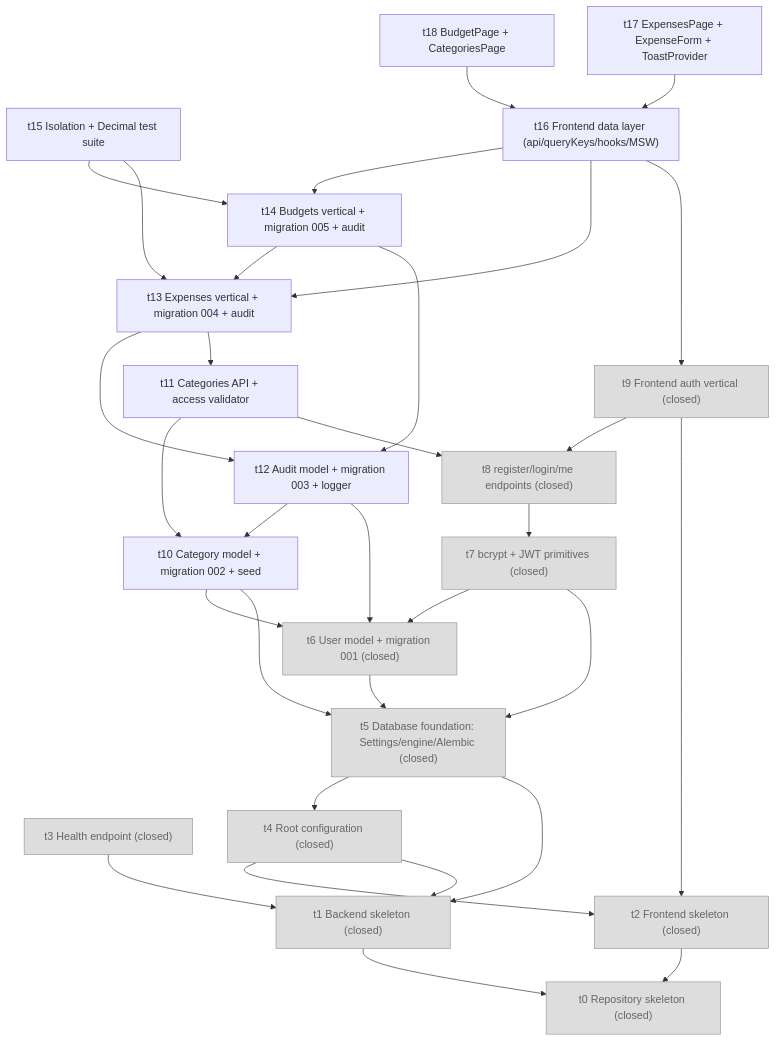
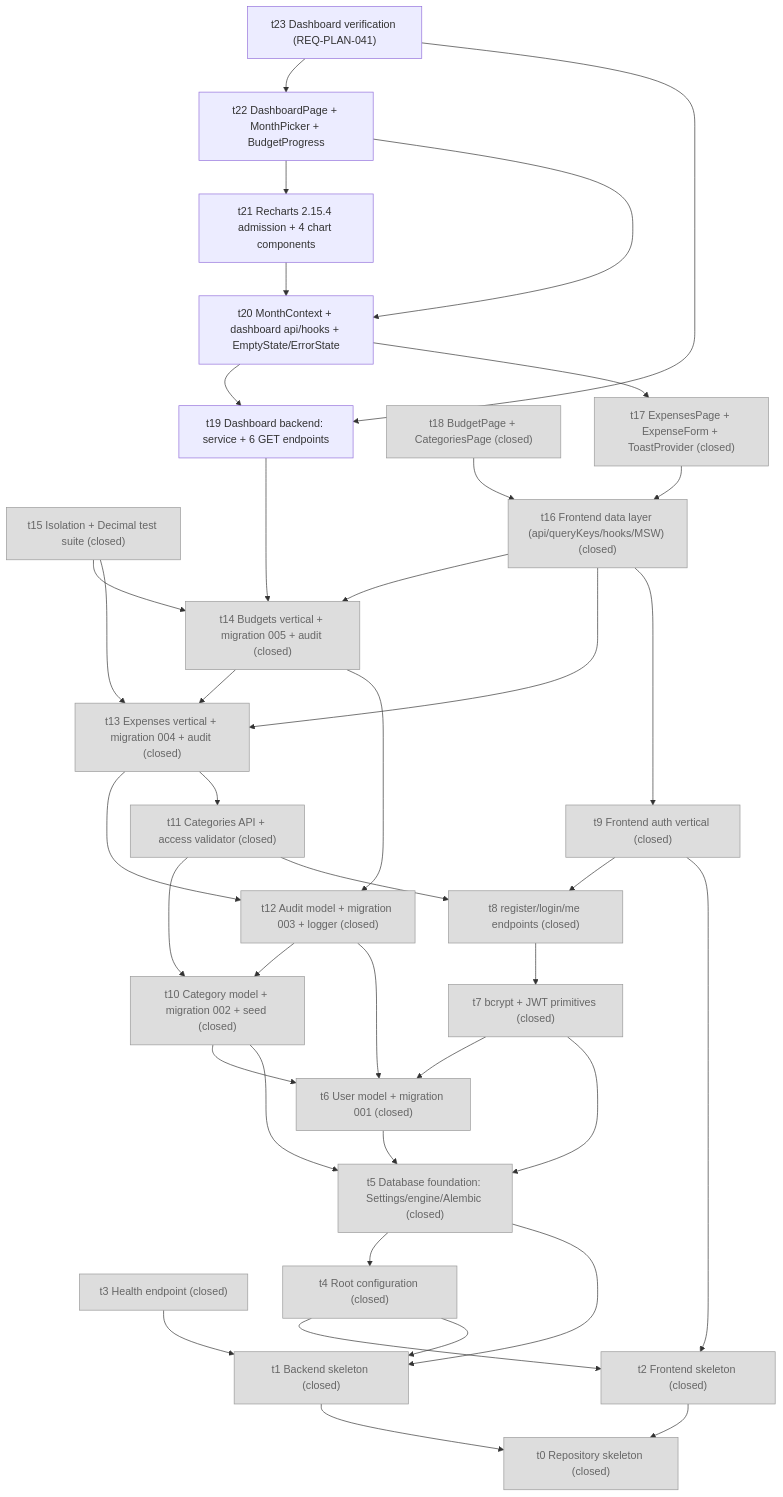
One commit to HsiChinHuang/expense-tracker-dashboard changed the diagram in docs/state/dag.mmd. Above: the diagram before and after it, drawn with Mermaid. The commit also changed 11 other files, not shown here.

Commit message:
docs(phase_4): survey - N=5 t19..t23, recharts 2.15.4 admitted, date-fns rejected, legacy-index amendment protocol, platform #22-#26

```diff
--- a/docs/state/dag.mmd
+++ b/docs/state/dag.mmd
@@ -1,56 +1,69 @@
-%% DAG visualization — regenerated by definer:survey for phase_3_crud (2026-10-08)
+%% DAG visualization — regenerated by definer:survey for phase_4_dashboard (2026-10-09)
 %% Edge direction: A --> B means A depends on B (B must land first).
 graph TD
   t0["t0 Repository skeleton (closed)"]
   t1["t1 Backend skeleton (closed)"]
   t2["t2 Frontend skeleton (closed)"]
   t3["t3 Health endpoint (closed)"]
   t4["t4 Root configuration (closed)"]
   t5["t5 Database foundation: Settings/engine/Alembic (closed)"]
   t6["t6 User model + migration 001 (closed)"]
   t7["t7 bcrypt + JWT primitives (closed)"]
   t8["t8 register/login/me endpoints (closed)"]
   t9["t9 Frontend auth vertical (closed)"]
-  t10["t10 Category model + migration 002 + seed"]
-  t11["t11 Categories API + access validator"]
-  t12["t12 Audit model + migration 003 + logger"]
-  t13["t13 Expenses vertical + migration 004 + audit"]
-  t14["t14 Budgets vertical + migration 005 + audit"]
-  t15["t15 Isolation + Decimal test suite"]
-  t16["t16 Frontend data layer (api/queryKeys/hooks/MSW)"]
-  t17["t17 ExpensesPage + ExpenseForm + ToastProvider"]
-  t18["t18 BudgetPage + CategoriesPage"]
+  t10["t10 Category model + migration 002 + seed (closed)"]
+  t11["t11 Categories API + access validator (closed)"]
+  t12["t12 Audit model + migration 003 + logger (closed)"]
+  t13["t13 Expenses vertical + migration 004 + audit (closed)"]
+  t14["t14 Budgets vertical + migration 005 + audit (closed)"]
+  t15["t15 Isolation + Decimal test suite (closed)"]
+  t16["t16 Frontend data layer (api/queryKeys/hooks/MSW) (closed)"]
+  t17["t17 ExpensesPage + ExpenseForm + ToastProvider (closed)"]
+  t18["t18 BudgetPage + CategoriesPage (closed)"]
+  t19["t19 Dashboard backend: service + 6 GET endpoints"]
+  t20["t20 MonthContext + dashboard api/hooks + EmptyState/ErrorState"]
+  t21["t21 Recharts 2.15.4 admission + 4 chart components"]
+  t22["t22 DashboardPage + MonthPicker + BudgetProgress"]
+  t23["t23 Dashboard verification (REQ-PLAN-041)"]
 
   t1 --> t0
   t2 --> t0
   t3 --> t1
   t4 --> t1
   t4 --> t2
   t5 --> t1
   t5 --> t4
   t6 --> t5
   t7 --> t5
   t7 --> t6
   t8 --> t7
   t9 --> t2
   t9 --> t8
   t10 --> t5
   t10 --> t6
   t11 --> t8
   t11 --> t10
   t12 --> t6
   t12 --> t10
   t13 --> t11
   t13 --> t12
   t14 --> t12
   t14 --> t13
   t15 --> t13
   t15 --> t14
   t16 --> t9
   t16 --> t13
   t16 --> t14
   t17 --> t16
   t18 --> t16
+  t19 --> t14
+  t20 --> t17
+  t20 --> t19
+  t21 --> t20
+  t22 --> t20
+  t22 --> t21
+  t23 --> t19
+  t23 --> t22
 
   classDef closed fill:#ddd,stroke:#999,color:#666;
-  class t0,t1,t2,t3,t4,t5,t6,t7,t8,t9 closed;
+  class t0,t1,t2,t3,t4,t5,t6,t7,t8,t9,t10,t11,t12,t13,t14,t15,t16,t17,t18 closed;
```
